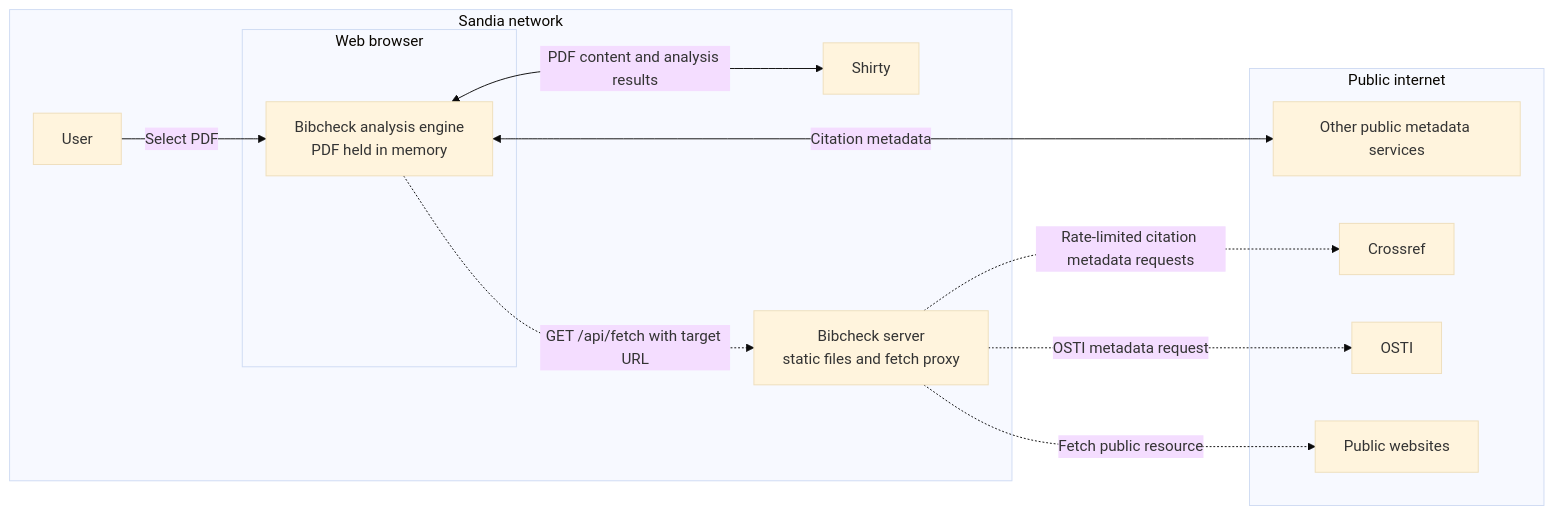
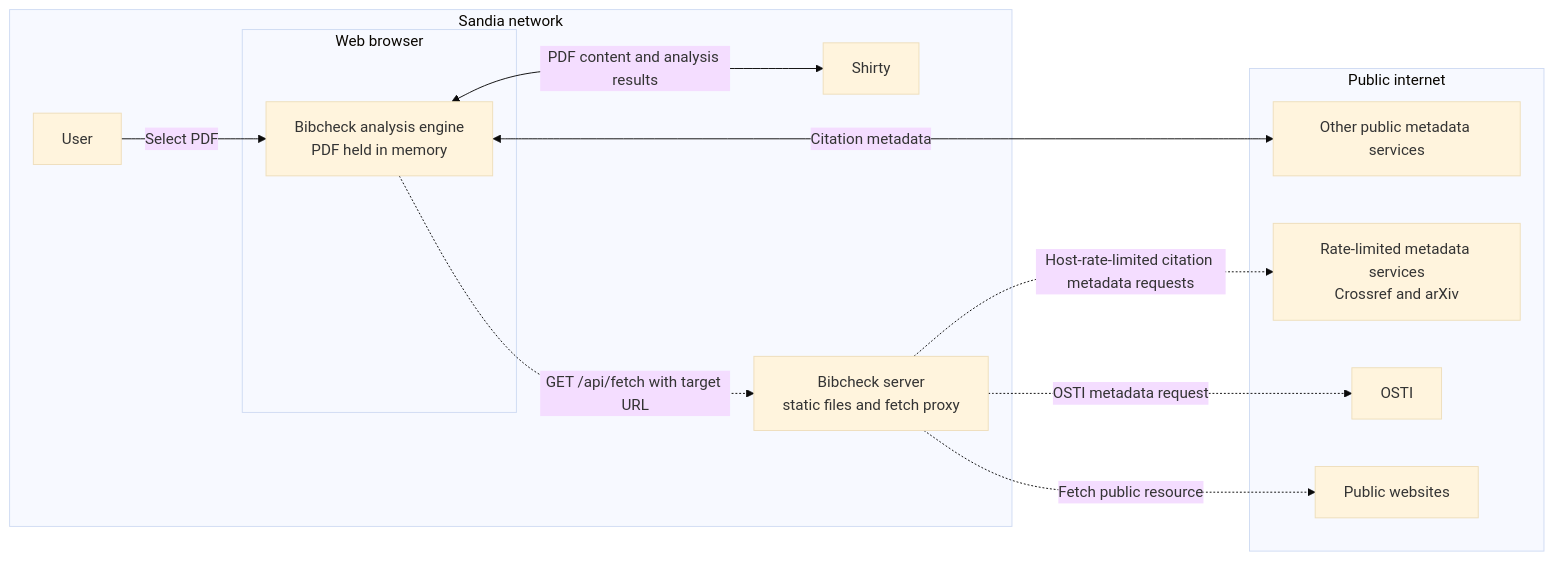
Before and after one commit to sandialabs/bibcheck: the diagram in docs/snl-how-it-works.md, drawn with Mermaid (base theme). The commit also changed other lines of this file and 15 other files, not shown here.

````diff
--- a/docs/snl-how-it-works.md
+++ b/docs/snl-how-it-works.md
@@ -16,27 +16,27 @@
 ```mermaid
 flowchart LR
     subgraph sandia[Sandia network]
         U[User]
         subgraph browser[Web browser]
             B[Bibcheck analysis engine<br/>PDF held in memory]
         end
         S[Shirty]
         P[Bibcheck server<br/>static files and fetch proxy]
 
         U -->|Select PDF| B
         B <-->|PDF content and analysis results| S
     end
 
     subgraph public[Public internet]
         D[Other public metadata services]
-        C[Crossref]
+        C[Rate-limited metadata services<br/>Crossref and arXiv]
         O[OSTI]
         W[Public websites]
     end
 
     B <-->|Citation metadata| D
     B -.->|GET /api/fetch with target URL| P
-    P -.->|Rate-limited citation metadata requests| C
+    P -.->|Host-rate-limited citation metadata requests| C
     P -.->|OSTI metadata request| O
     P -.->|Fetch public resource| W
 ```
````
